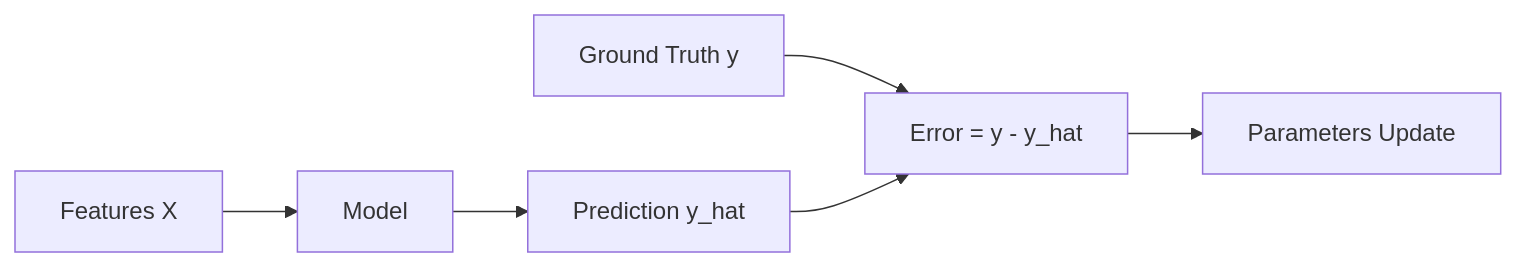
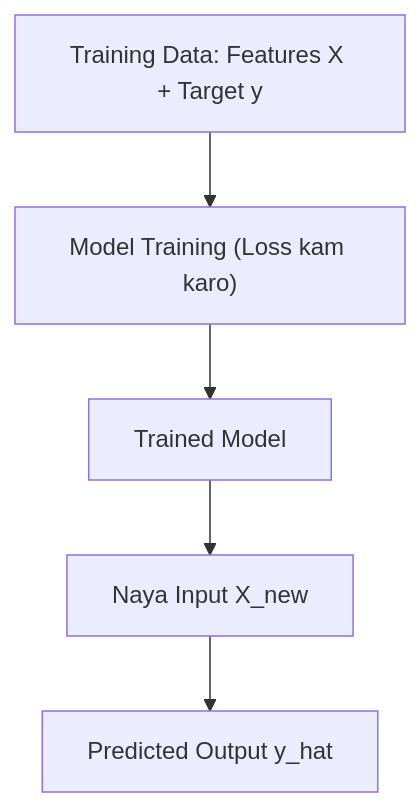
Before and after one commit to S1h2i3v4a/AI_ML: the diagram in lecture_23/Notes_23.02/README_HINGLISH.md, drawn with Mermaid. The commit also changed other lines of this file and 156 other files, not shown here.

Commit message:
docs(lectures 22-24): align notes with video lectures, add blackboard diagrams, clean structured functions, and compile vector PDFs

````diff
--- a/lecture_23/Notes_23.02/README_HINGLISH.md
+++ b/lecture_23/Notes_23.02/README_HINGLISH.md
@@ -22,7 +31,7 @@
 ```mermaid
-graph LR
-    Input["Features X"] --> Model["Model"] --> Pred["Prediction y_hat"]
-    Target["Ground Truth y"] --> Error["Error = y - y_hat"]
-    Pred --> Error
-    Error --> Update["Parameters Update"]
+flowchart TD
+    A["Training Data: Features X + Target y"] --> B["Model Training (Loss kam karo)"]
+    B --> C["Trained Model"]
+    C --> D["Naya Input X_new"]
+    D --> E["Predicted Output y_hat"]
 ```
````
